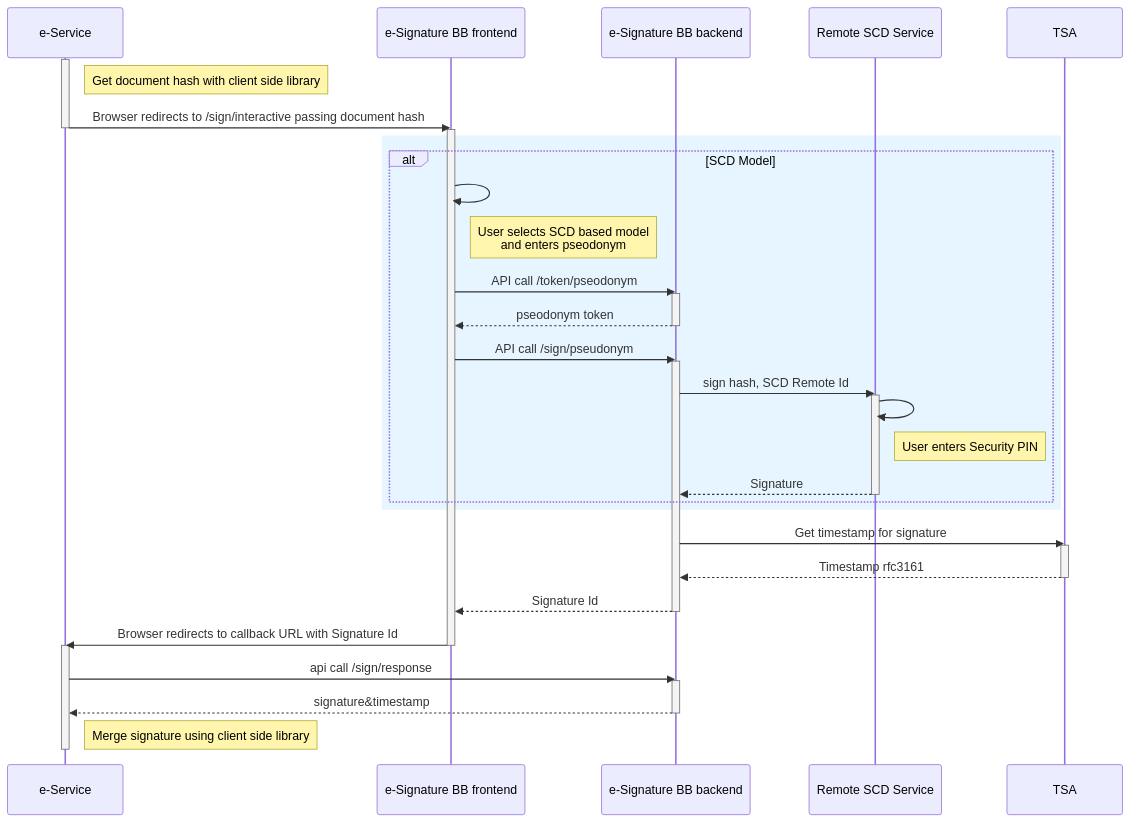
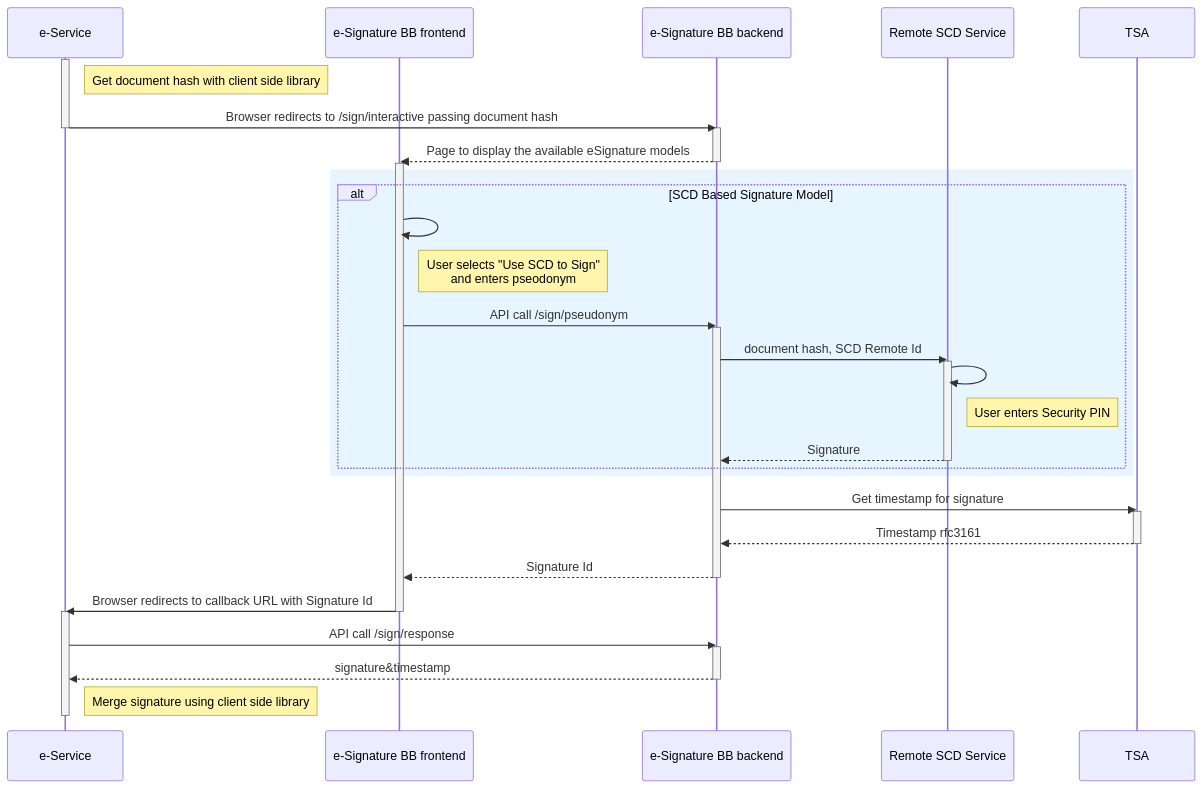
The third of 3 diagrams in spec/9-workflows.md (GovStackWorkingGroup/bb-esignature), drawn with Mermaid before and after one commit.

Commit message:
GITBOOK-68: Minor flow changes based on review comments from Sasi

````diff
--- a/spec/9-workflows.md
+++ b/spec/9-workflows.md
@@ -160,46 +160,45 @@
 ```mermaid
 sequenceDiagram
     participant e-Service
     participant e-Signature BB frontend
     participant e-Signature BB backend
     participant Remote SCD Service
     participant TSA
     activate e-Service
     Note right of e-Service: Get document hash with client side library
-    e-Service->>e-Signature BB frontend: Browser redirects to /sign/interactive passing document hash
+    e-Service->>e-Signature BB backend: Browser redirects to /sign/interactive passing document hash
     deactivate e-Service
+    activate e-Signature BB backend
+    e-Signature BB backend-->>e-Signature BB frontend: Page to display the available eSignature models
+    deactivate e-Signature BB backend
     activate e-Signature BB frontend
     rect rgb(230, 245, 255)
-    alt SCD Model
+    alt SCD Based Signature Model
         e-Signature BB frontend->>e-Signature BB frontend: 
-        Note right of e-Signature BB frontend: User selects SCD based model <br> and enters pseodonym
-        e-Signature BB frontend->>e-Signature BB backend: API call /token/pseodonym
-        activate e-Signature BB backend
-        e-Signature BB backend-->>e-Signature BB frontend: pseodonym token
-        deactivate e-Signature BB backend
+        Note right of e-Signature BB frontend: User selects "Use SCD to Sign" <br> and enters pseodonym
         e-Signature BB frontend->>e-Signature BB backend: API call /sign/pseudonym
         activate e-Signature BB backend
-        e-Signature BB backend->>Remote SCD Service: sign hash, SCD Remote Id
+        e-Signature BB backend->>Remote SCD Service: document hash, SCD Remote Id
         activate Remote SCD Service
         Remote SCD Service->>Remote SCD Service: 
         Note right of Remote SCD Service: User enters Security PIN
         Remote SCD Service-->>e-Signature BB backend: Signature
         deactivate Remote SCD Service
     end
     end
     e-Signature BB backend->>TSA: Get timestamp for signature
     activate TSA
     TSA-->>e-Signature BB backend: Timestamp rfc3161
     deactivate TSA
     e-Signature BB backend-->>e-Signature BB frontend: Signature Id
     deactivate e-Signature BB backend
     e-Signature BB frontend->>e-Service: Browser redirects to callback URL with Signature Id
     deactivate e-Signature BB frontend
     activate e-Service
-    e-Service->>e-Signature BB backend: api call /sign/response
+    e-Service->>e-Signature BB backend: API call /sign/response
     activate e-Signature BB backend
     e-Signature BB backend-->>e-Service: signature&timestamp
     deactivate e-Signature BB backend
     Note right of e-Service: Merge signature using client side library
     deactivate e-Service
 ```
````
